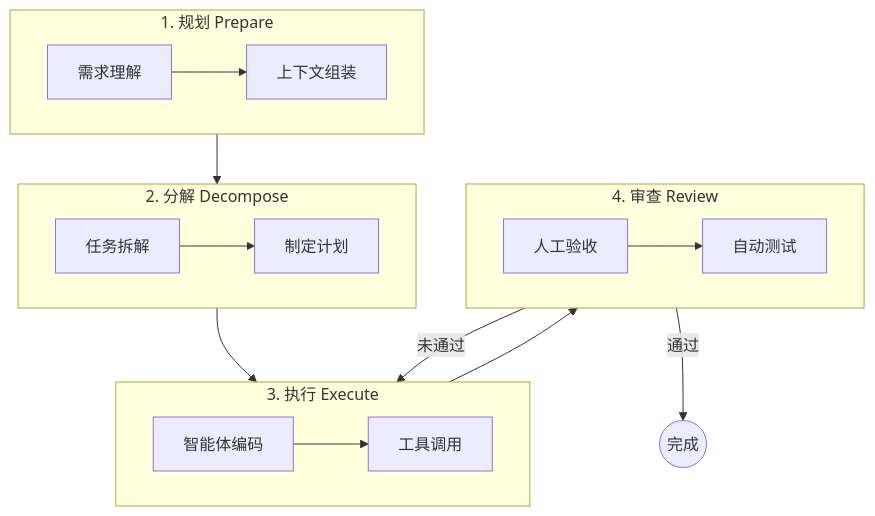
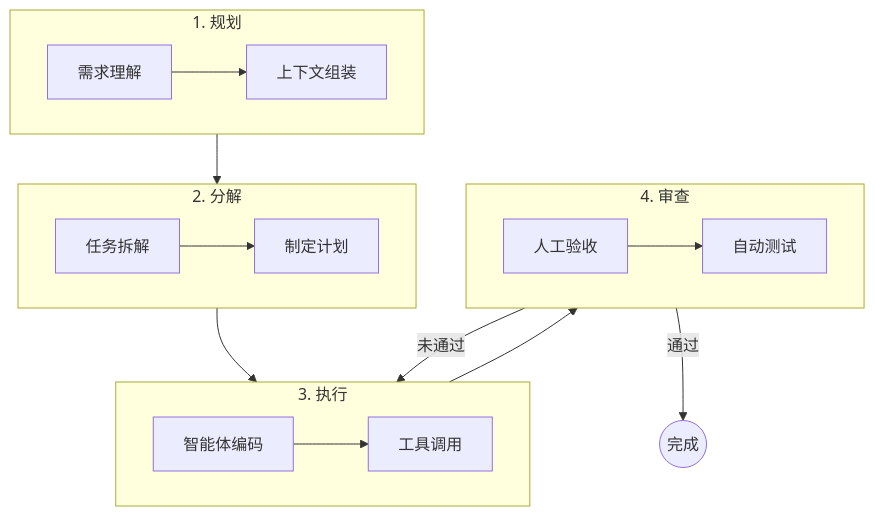
Before and after one commit to yeasy/agentic_ai_guide: the first of 6 diagrams in 10_agentic_coding/10.4_workflow.md, drawn with Mermaid. The commit also changed other lines of this file and 48 other files, not shown here.

````diff
--- a/10_agentic_coding/10.4_workflow.md
+++ b/10_agentic_coding/10.4_workflow.md
@@ -13,22 +13,22 @@
 ```mermaid
 graph TD
-    subgraph P [1. 规划 Prepare]
+    subgraph P [1. 规划]
         P1[需求理解] --> P2[上下文组装]
     end
 
-    subgraph D [2. 分解 Decompose]
+    subgraph D [2. 分解]
         D1[任务拆解] --> D2[制定计划]
     end
 
-    subgraph E [3. 执行 Execute]
+    subgraph E [3. 执行]
         E1[智能体编码] --> E2[工具调用]
     end
 
-    subgraph R [4. 审查 Review]
+    subgraph R [4. 审查]
         R1[人工验收] --> R2[自动测试]
     end
 
     P --> D --> E --> R
     R -->|未通过| E
     R -->|通过| Done((完成))
 ```
````
